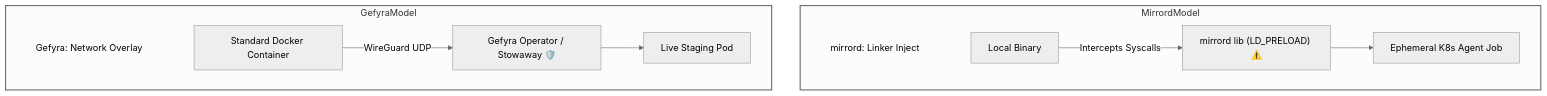
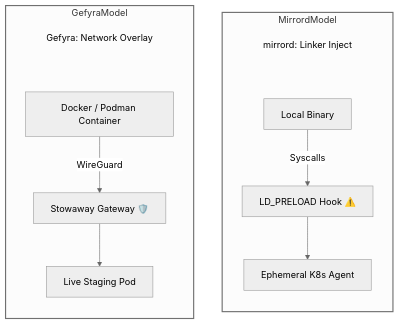
Before and after one commit to gefyrahq/gefyra: the diagram in gefyra-docs/content/en/7.comparisons/2.gefyra-vs-mirrord.md, drawn with Mermaid (neutral theme). The commit also changed 13 other files, not shown here.

First line of the commit message:
feat: enable expand functionality in Nuxt config and update Mermaid styles (#1565)

````diff
--- a/gefyra-docs/content/en/7.comparisons/2.gefyra-vs-mirrord.md
+++ b/gefyra-docs/content/en/7.comparisons/2.gefyra-vs-mirrord.md
@@ -37,23 +37,23 @@
 ```mermaid
-flowchart TD
+flowchart TB
     subgraph MirrordModel
-        direction LR
+        direction TB
         MirrordTitle[["mirrord: Linker Inject"]] ~~~ LocalProcess["Local Binary"]
-        LocalProcess -->|Intercepts Syscalls| HookLib["mirrord lib (LD_PRELOAD) ⚠️"]
-        HookLib --> AgentJob["Ephemeral K8s Agent Job"]
+        LocalProcess -->|Syscalls| HookLib["LD_PRELOAD Hook ⚠️"]
+        HookLib --> AgentJob["Ephemeral K8s Agent"]
     end
 
     subgraph GefyraModel
-        direction LR
-        GefyraTitle[["Gefyra: Network Overlay"]] ~~~ DockerContainer["Standard Docker Container"]
-        DockerContainer -->|WireGuard UDP| StowawayGateway["Gefyra Operator / Stowaway 🛡️"]
+        direction TB
+        GefyraTitle[["Gefyra: Network Overlay"]] ~~~ DockerContainer["Docker / Podman Container"]
+        DockerContainer -->|WireGuard| StowawayGateway["Stowaway Gateway 🛡️"]
         StowawayGateway --> RealPod["Live Staging Pod"]
     end
 
     classDef groupTitle fill:transparent,stroke:none;
     classDef hook stroke-width:2px;
     classDef overlay stroke-width:2px;
     class MirrordTitle,GefyraTitle groupTitle;
     class MirrordModel hook;
     class GefyraModel overlay;
 ```
````
